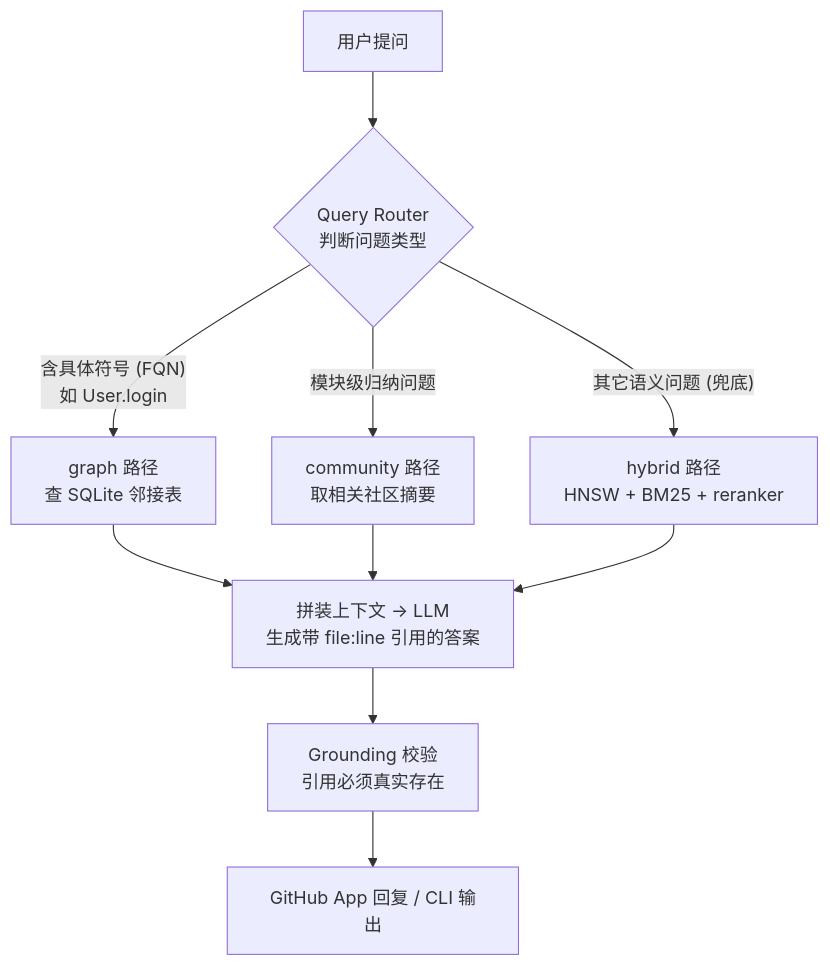
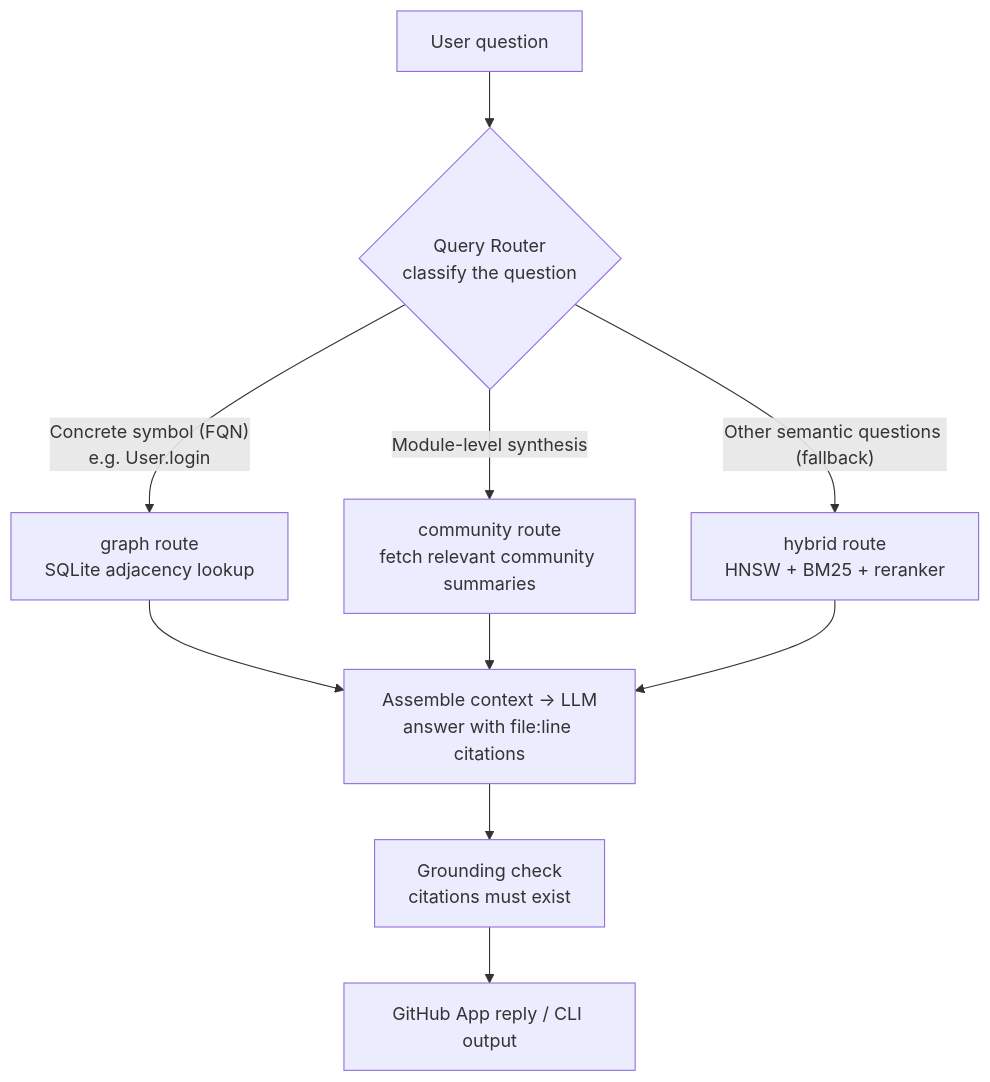
Before and after one commit to AndyUneducated/repo-sage: the first of 11 diagrams in README.md, drawn with Mermaid. The commit also changed other lines of this file and 14 other files, not shown here.

````diff
--- a/README.md
+++ b/README.md
@@ -37,12 +37,12 @@
 ```mermaid
 flowchart TD
-  Q["用户提问"] --> R{"Query Router<br/>判断问题类型"}
-  R -->|"含具体符号 (FQN)<br/>如 User.login"| G["graph 路径<br/>查 SQLite 邻接表"]
-  R -->|"模块级归纳问题"| C["community 路径<br/>取相关社区摘要"]
-  R -->|"其它语义问题 (兜底)"| H["hybrid 路径<br/>HNSW + BM25 + reranker"]
-  G --> A["拼装上下文 → LLM<br/>生成带 file:line 引用的答案"]
+  Q["User question"] --> R{"Query Router<br/>classify the question"}
+  R -->|"Concrete symbol (FQN)<br/>e.g. User.login"| G["graph route<br/>SQLite adjacency lookup"]
+  R -->|"Module-level synthesis"| C["community route<br/>fetch relevant community summaries"]
+  R -->|"Other semantic questions (fallback)"| H["hybrid route<br/>HNSW + BM25 + reranker"]
+  G --> A["Assemble context → LLM<br/>answer with file:line citations"]
   C --> A
   H --> A
-  A --> V["Grounding 校验<br/>引用必须真实存在"]
-  V --> OUT["GitHub App 回复 / CLI 输出"]
+  A --> V["Grounding check<br/>citations must exist"]
+  V --> OUT["GitHub App reply / CLI output"]
 ```
````
